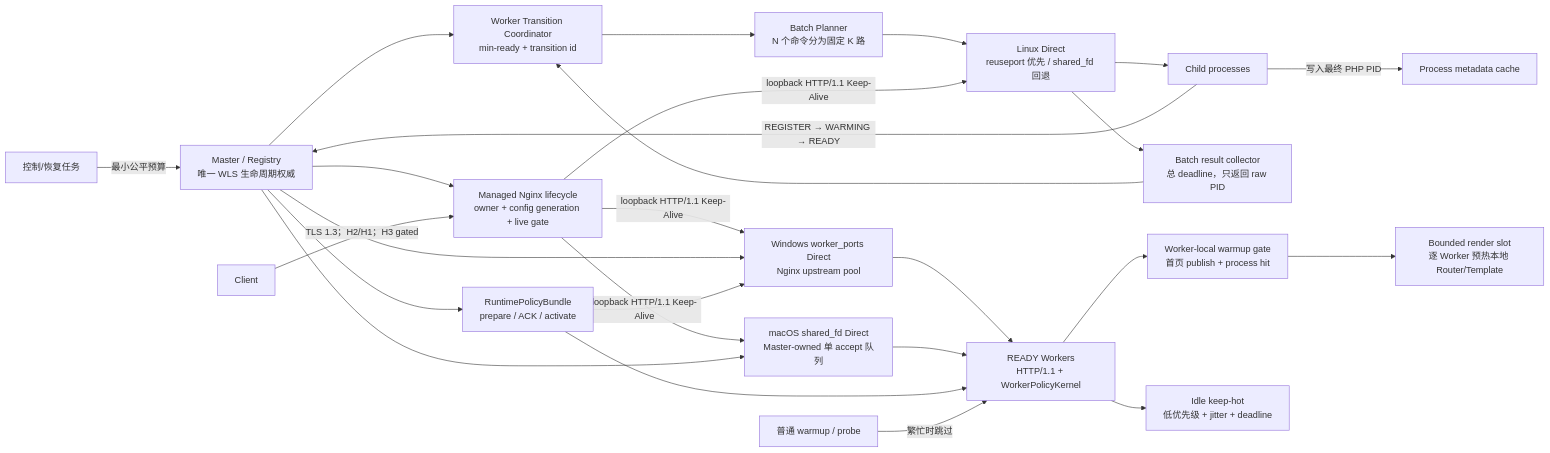
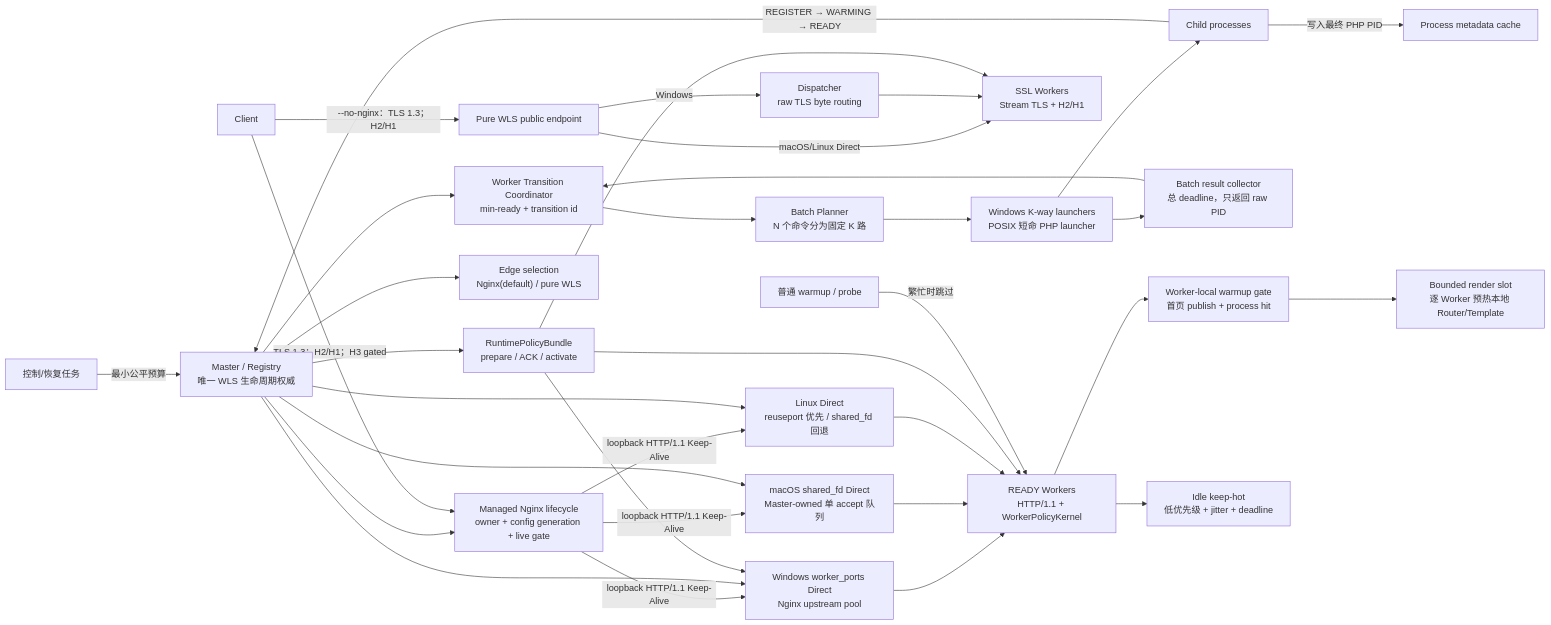
One commit to Aiweline/WelineFramework changed the fourth of 9 diagrams in app/code/Weline/Server/doc/WLS架构图.md. Above: the diagram before and after it, drawn with Mermaid. The commit also changed other lines of this file and 27 other files, not shown here.

Commit message:
feat(wls): 默认 Nginx 并恢复纯 WLS HTTPS 回退

````diff
--- a/app/code/Weline/Server/doc/WLS架构图.md
+++ b/app/code/Weline/Server/doc/WLS架构图.md
@@ -132,29 +132,37 @@
 ```mermaid
 flowchart LR
   M["Master / Registry\n唯一 WLS 生命周期权威"] --> T["Worker Transition Coordinator\nmin-ready + transition id"]
   M --> P["RuntimePolicyBundle\nprepare / ACK / activate"]
   M --> N["Managed Nginx lifecycle\nowner + config generation + live gate"]
+  M --> E["Edge selection\nNginx(default) / pure WLS"]
   T --> BP["Batch Planner\nN 个命令分为固定 K 路"]
-  BP --> L["Windows K-way launchers\nPOSIX 短命 PHP launcher"]
-  L --> CH["Child processes"]
-  L --> RC["Batch result collector\n总 deadline，只返回 raw PID"]
+  BP --> LAUNCH["Windows K-way launchers\nPOSIX 短命 PHP launcher"]
+  LAUNCH --> CH["Child processes"]
+  LAUNCH --> RC["Batch result collector\n总 deadline，只返回 raw PID"]
   RC --> T
   CH -->|"写入最终 PHP PID"| PS["Process metadata cache"]
   CH -->|"REGISTER → WARMING → READY"| M
 
   C["Client"] -->|"TLS 1.3；H2/H1；H3 gated"| N
-  N -->|"loopback HTTP/1.1 Keep-Alive"| L["Linux Direct\nreuseport 优先 / shared_fd 回退"]
+  C -->|"--no-nginx：TLS 1.3；H2/H1"| S["Pure WLS public endpoint"]
+  N -->|"loopback HTTP/1.1 Keep-Alive"| LINUX["Linux Direct\nreuseport 优先 / shared_fd 回退"]
   N -->|"loopback HTTP/1.1 Keep-Alive"| D["macOS shared_fd Direct\nMaster-owned 单 accept 队列"]
   N -->|"loopback HTTP/1.1 Keep-Alive"| X["Windows worker_ports Direct\nNginx upstream pool"]
+  S -->|"Windows"| Q["Dispatcher\nraw TLS byte routing"]
+  S -->|"macOS/Linux Direct"| SW["SSL Workers\nStream TLS + H2/H1"]
+  Q --> SW
   M --> D
   M --> X
+  M --> LINUX
   X --> W["READY Workers\nHTTP/1.1 + WorkerPolicyKernel"]
   D --> W
+  LINUX --> W
   P --> X
   P --> W
+  P --> SW
   W --> WG["Worker-local warmup gate\n首页 publish + process hit"]
   WG --> SR["Bounded render slot\n逐 Worker 预热本地 Router/Template"]
   W --> KH["Idle keep-hot\n低优先级 + jitter + deadline"]
   CTRL["控制/恢复任务"] -->|"最小公平预算"| M
   BG["普通 warmup / probe"] -->|"繁忙时跳过"| W
 ```
````
